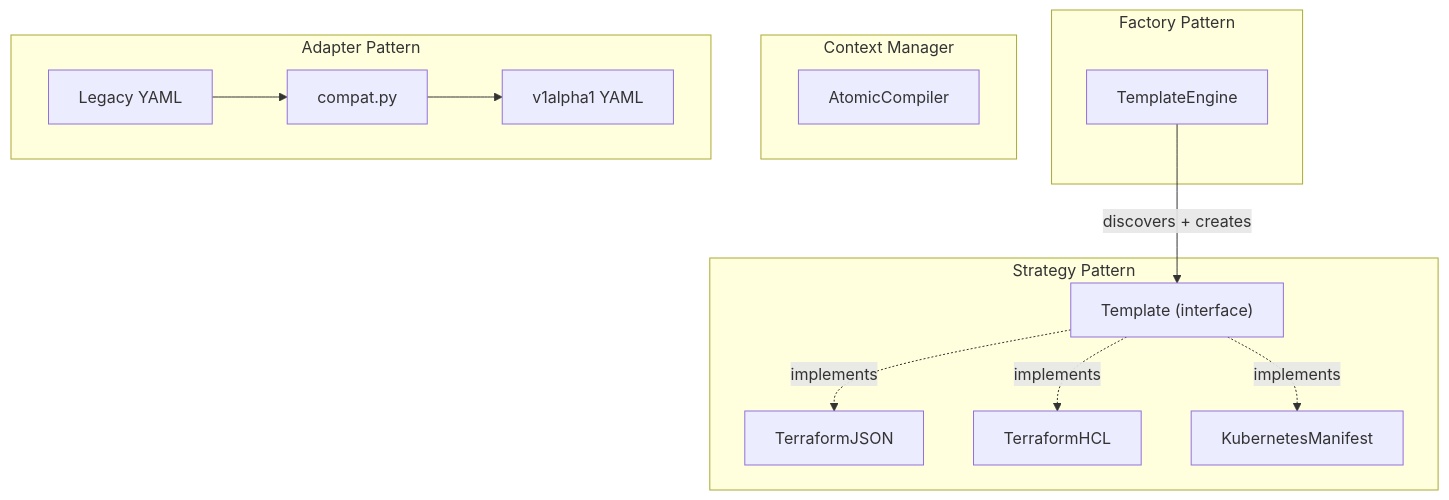
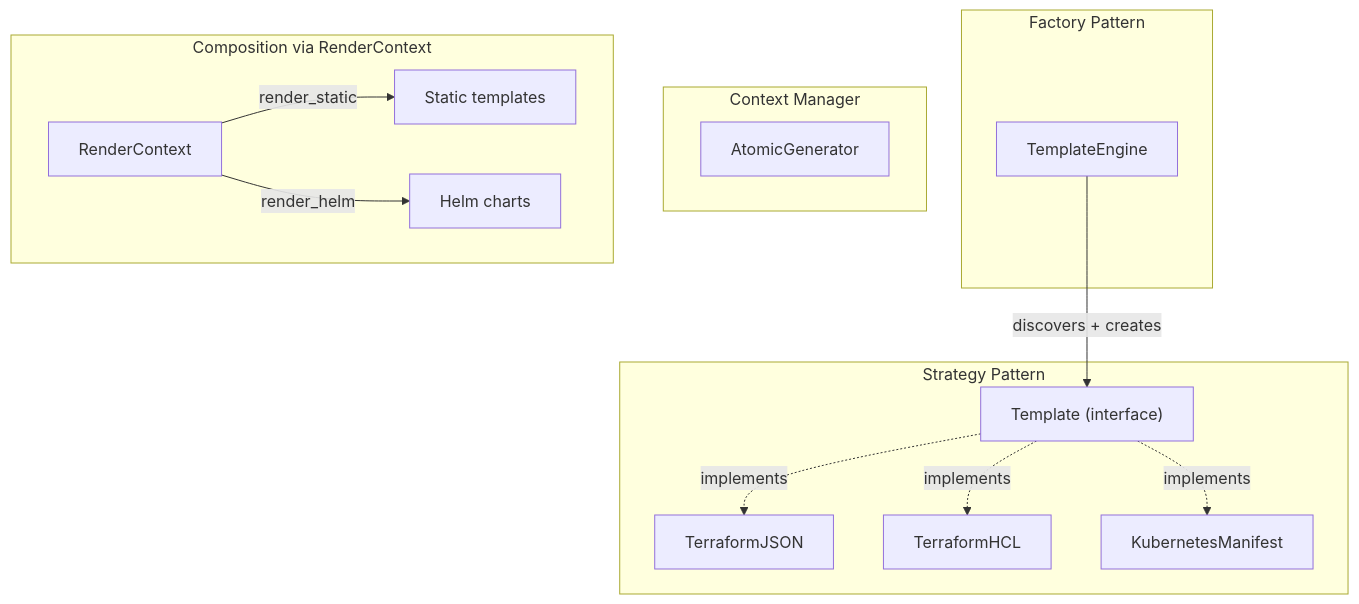
Diagram 14 of 16 in ARCHITECTURE.md (AgathEmmanuel/geni), drawn with Mermaid before and after one commit. The commit also changed other lines of this file and 46 other files, not shown here.

````diff
--- a/ARCHITECTURE.md
+++ b/ARCHITECTURE.md
@@ -436,26 +478,27 @@
 ```mermaid
 flowchart TD
     subgraph Strategy ["Strategy Pattern"]
         TS["Template (interface)"]
         TJ["TerraformJSON"]
         TH["TerraformHCL"]
         KM["KubernetesManifest"]
         TS -.->|implements| TJ
         TS -.->|implements| TH
         TS -.->|implements| KM
     end
 
     subgraph Factory ["Factory Pattern"]
         TE["TemplateEngine"]
         TE -->|discovers + creates| TS
     end
 
     subgraph ContextMgr ["Context Manager"]
-        AC["AtomicCompiler"]
+        AC["AtomicGenerator"]
     end
 
-    subgraph Adapter ["Adapter Pattern"]
-        CM["compat.py"]
-        OLD["Legacy YAML"] --> CM --> NEW["v1alpha1 YAML"]
+    subgraph Composition ["Composition via RenderContext"]
+        RC["RenderContext"]
+        RC -->|render_static| StaticTpl["Static templates"]
+        RC -->|render_helm| HelmCharts["Helm charts"]
     end
 ```
````
